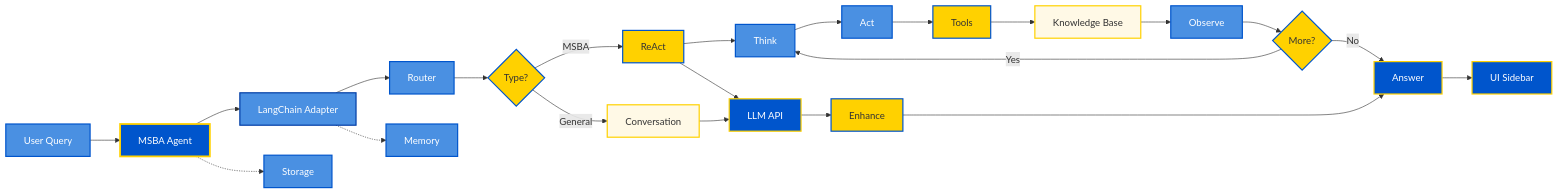
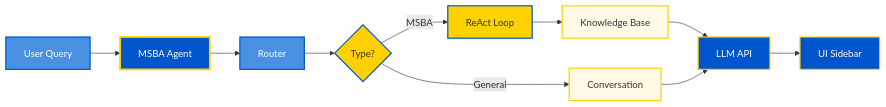
Before and after one commit to jl3443/MSBA-AI-Agent: the diagram in README.md, drawn with Mermaid.

Commit message:
Simplify architecture diagram to core components only

````diff
--- a/README.md
+++ b/README.md
@@ -49,48 +49,23 @@
 ```mermaid
 graph LR
     A[User Query] --> B[MSBA Agent]
-    B --> C[LangChain Adapter]
-    C --> D[Router]
-    D --> E{Type?}
-    E -->|MSBA| F[ReAct]
-    E -->|General| G[Conversation]
+    B --> C[Router]
+    C --> D{Type?}
+    D -->|MSBA| E[ReAct Loop]
+    D -->|General| F[Conversation]
     
-    F --> H[Think]
-    H --> I[Act]
-    I --> J[Tools]
-    J --> K[Knowledge Base]
-    K --> L[Observe]
-    L --> M{More?}
-    M -->|Yes| H
-    M -->|No| N[Answer]
-    
-    F --> O[LLM API]
-    G --> O
-    O --> P[Enhance]
-    P --> N
-    
-    C -.-> Q[Memory]
-    B -.-> R[Storage]
-    
-    N --> S[UI Sidebar]
+    E --> G[Knowledge Base]
+    G --> H[LLM API]
+    F --> H
+    H --> I[UI Sidebar]
 
     style A fill:#4A90E2,stroke:#0055CC,stroke-width:2px,color:#fff
     style B fill:#0055CC,stroke:#FFD100,stroke-width:3px,color:#fff
-    style C fill:#4A90E2,stroke:#003DA5,stroke-width:2px,color:#fff
-    style D fill:#4A90E2,stroke:#0055CC,stroke-width:2px,color:#fff
+    style C fill:#4A90E2,stroke:#0055CC,stroke-width:2px,color:#fff
+    style D fill:#FFD100,stroke:#0055CC,stroke-width:2px
     style E fill:#FFD100,stroke:#0055CC,stroke-width:2px
-    style F fill:#FFD100,stroke:#0055CC,stroke-width:2px
+    style F fill:#FFF9E6,stroke:#FFD100,stroke-width:2px
     style G fill:#FFF9E6,stroke:#FFD100,stroke-width:2px
-    style H fill:#4A90E2,stroke:#0055CC,stroke-width:2px,color:#fff
-    style I fill:#4A90E2,stroke:#0055CC,stroke-width:2px,color:#fff
-    style J fill:#FFD100,stroke:#0055CC,stroke-width:2px
-    style K fill:#FFF9E6,stroke:#FFD100,stroke-width:2px
-    style L fill:#4A90E2,stroke:#0055CC,stroke-width:2px,color:#fff
-    style M fill:#FFD100,stroke:#0055CC,stroke-width:2px
-    style N fill:#0055CC,stroke:#FFD100,stroke-width:2px,color:#fff
-    style O fill:#0055CC,stroke:#FFD100,stroke-width:2px,color:#fff
-    style P fill:#FFD100,stroke:#0055CC,stroke-width:2px
-    style Q fill:#4A90E2,stroke:#0055CC,stroke-width:2px,color:#fff
-    style R fill:#4A90E2,stroke:#0055CC,stroke-width:2px,color:#fff
-    style S fill:#0055CC,stroke:#FFD100,stroke-width:2px,color:#fff
+    style H fill:#0055CC,stroke:#FFD100,stroke-width:2px,color:#fff
+    style I fill:#0055CC,stroke:#FFD100,stroke-width:2px,color:#fff
 ```
````
